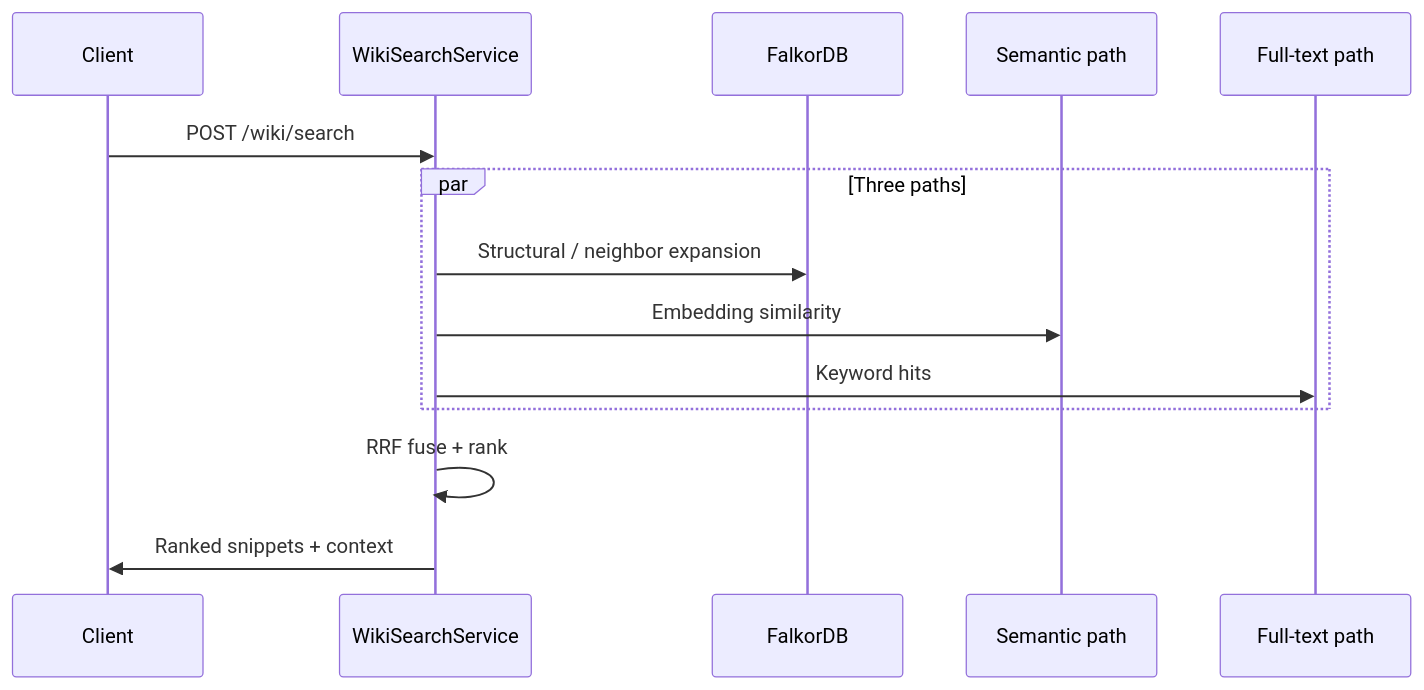
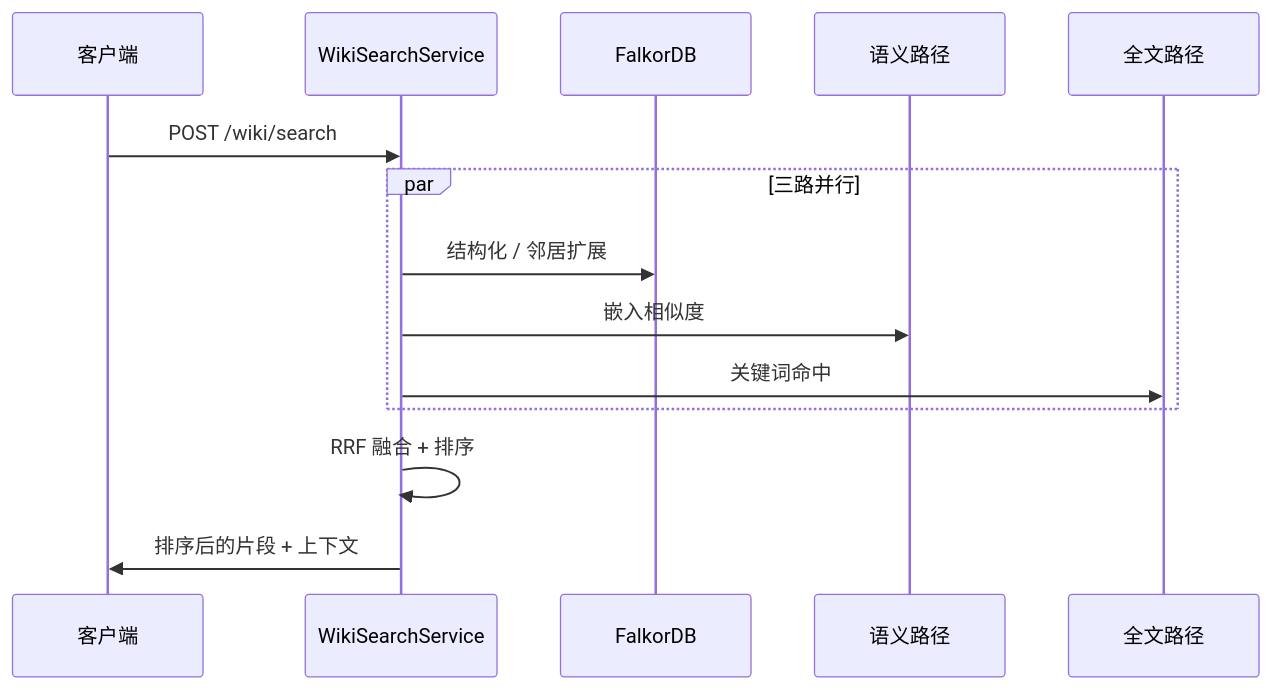
Before and after one commit to EarthChen/knowledge-base-service: the second of 2 diagrams in docs/wiki-generation-architecture.md, drawn with Mermaid. The commit also changed other lines of this file and 2 other files, not shown here.

````diff
--- a/docs/wiki-generation-architecture.md
+++ b/docs/wiki-generation-architecture.md
@@ -53,17 +53,17 @@
 ```mermaid
 sequenceDiagram
-    participant Client
+    participant Client as 客户端
     participant Search as WikiSearchService
     participant Graph as FalkorDB
-    participant Vec as Semantic path
-    participant FTS as Full-text path
+    participant Vec as 语义路径
+    participant FTS as 全文路径
 
     Client->>Search: POST /wiki/search
-    par Three paths
-        Search->>Graph: Structural / neighbor expansion
-        Search->>Vec: Embedding similarity
-        Search->>FTS: Keyword hits
+    par 三路并行
+        Search->>Graph: 结构化 / 邻居扩展
+        Search->>Vec: 嵌入相似度
+        Search->>FTS: 关键词命中
     end
-    Search->>Search: RRF fuse + rank
-    Search->>Client: Ranked snippets + context
+    Search->>Search: RRF 融合 + 排序
+    Search->>Client: 排序后的片段 + 上下文
 ```
````
